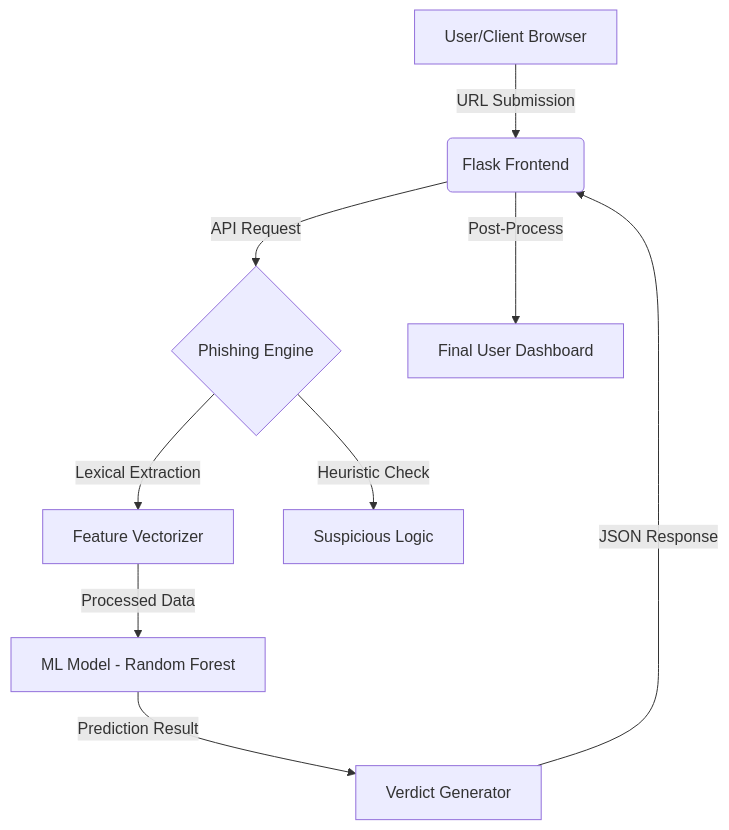
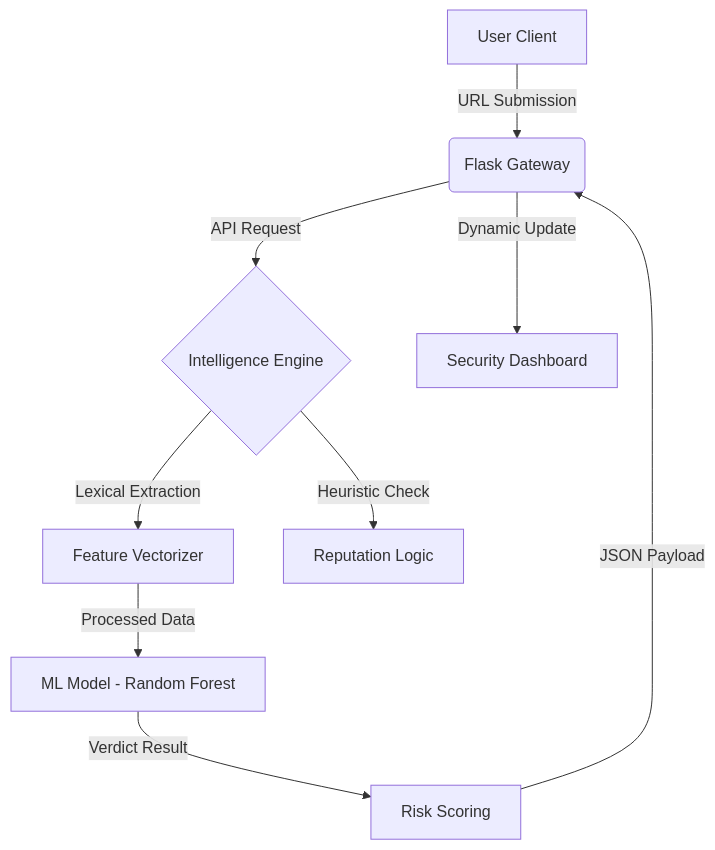
One commit to way2nafea/Phishing-Website-Detection changed the diagram in README.md. Above: the diagram before and after it, drawn with Mermaid. The commit also changed other lines of this file, not shown here.

Commit message:
Final premium README upgrade (World-Class Clean)

````diff
--- a/README.md
+++ b/README.md
@@ -119,11 +45,11 @@
 ```mermaid
 graph TD
-    A[User/Client Browser] -->|URL Submission| B(Flask Frontend)
-    B -->|API Request| C{Phishing Engine}
+    A[User Client] -->|URL Submission| B(Flask Gateway)
+    B -->|API Request| C{Intelligence Engine}
     C -->|Lexical Extraction| D[Feature Vectorizer]
-    C -->|Heuristic Check| E[Suspicious Logic]
+    C -->|Heuristic Check| E[Reputation Logic]
     D -->|Processed Data| F[ML Model - Random Forest]
-    F -->|Prediction Result| G[Verdict Generator]
-    G -->|JSON Response| B
-    B -->|Post-Process| H[Final User Dashboard]
+    F -->|Verdict Result| G[Risk Scoring]
+    G -->|JSON Payload| B
+    B -->|Dynamic Update| H[Security Dashboard]
 ```
````
